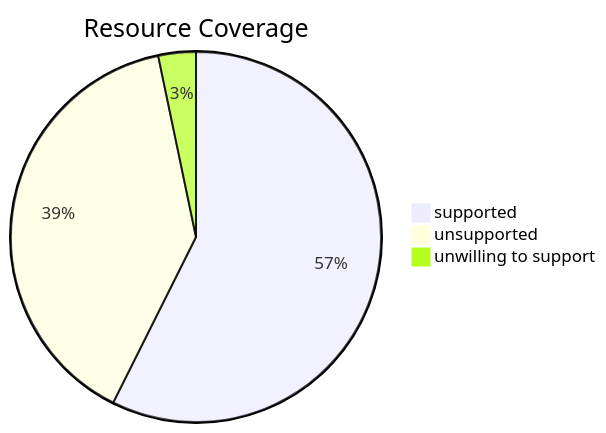
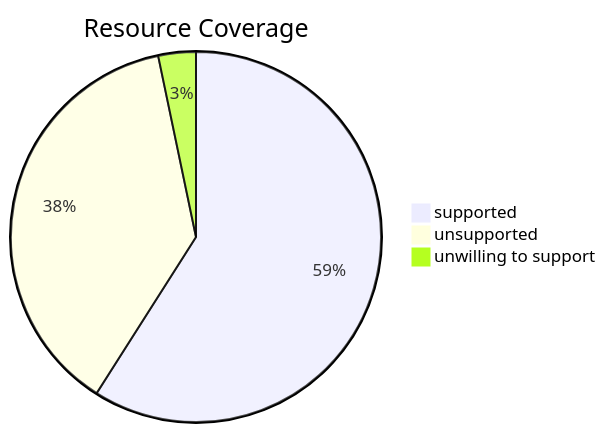
Before and after one commit to lassoColombo/nuke: the diagram in README.md, drawn with Mermaid. The commit also changed other lines of this file, not shown here.

````diff
--- a/README.md
+++ b/README.md
@@ -153,7 +153,7 @@
 ```mermaid
 pie title Resource Coverage
-    "supported" : 35
-    "unsupported" : 24
+    "supported" : 36
+    "unsupported" : 23
     "unwilling to support" : 2
 
 ```
````
